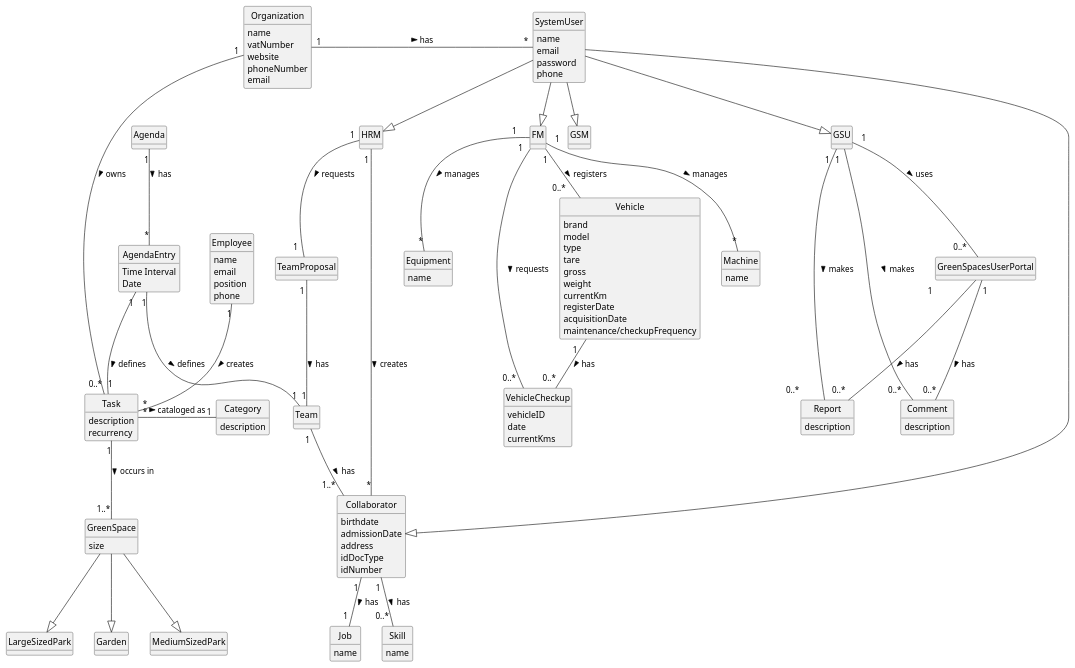
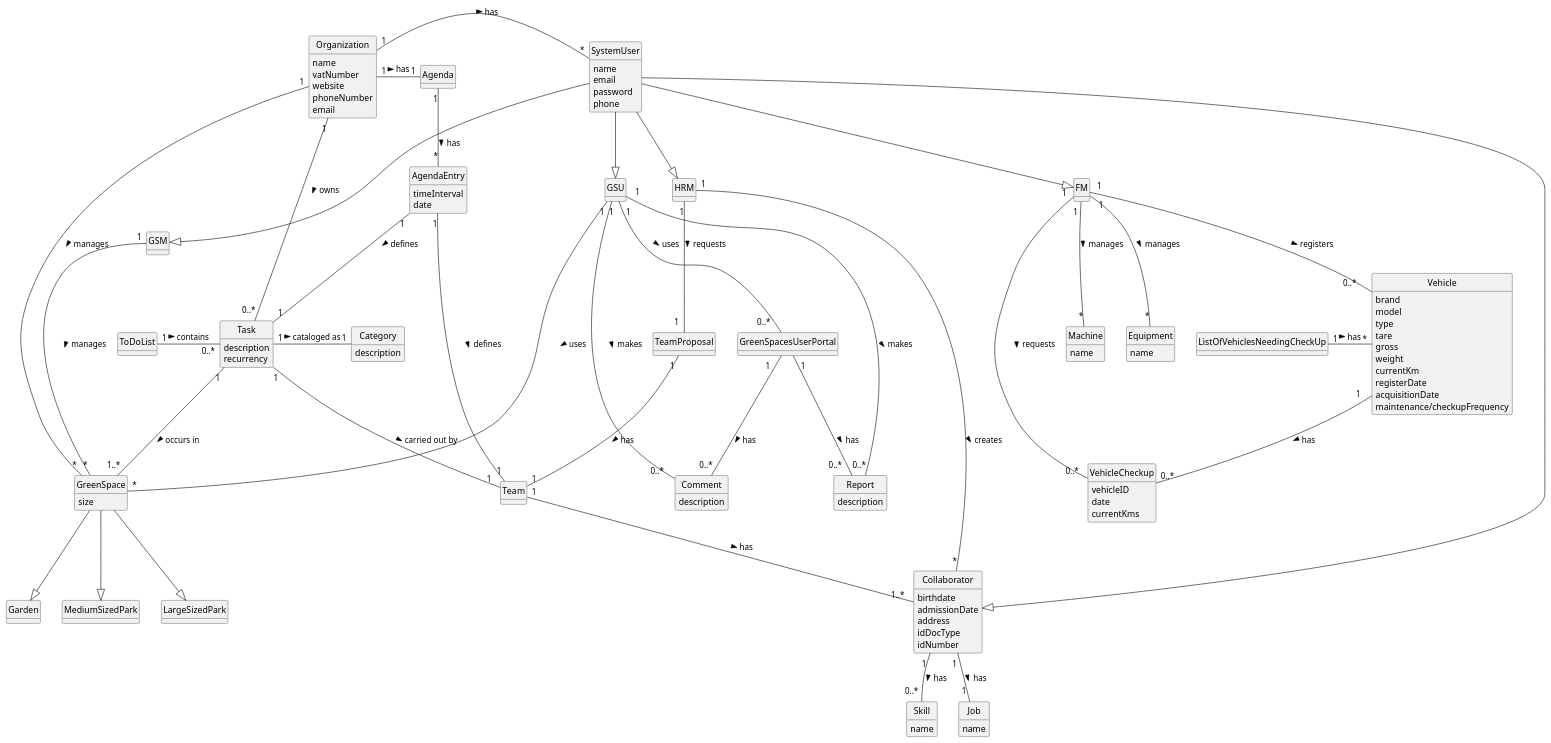
Before and after one commit to Departamento-de-Engenharia-Informatica/lei-24-s2-1do-g164: the diagram in docs/sprintA/global-artifacts/02.analysis/puml/project-domain-model.puml, drawn with PlantUML.

Commit message:
docs(global-artifacts): continue of project domain model

```diff
--- a/docs/sprintA/global-artifacts/02.analysis/puml/project-domain-model.puml
+++ b/docs/sprintA/global-artifacts/02.analysis/puml/project-domain-model.puml
@@ -1,178 +1,177 @@
 @startuml
 skinparam monochrome true
 skinparam packageStyle rectangle
 skinparam shadowing false
 'skinparam linetype ortho
 'left to right direction
 skinparam classAttributeIconSize 0
 hide circle
 hide methods
 
 'title Domain Model
 
 'class Platform {
 '  -description
 '}
 
 class Organization {
     name
     vatNumber
     website
     phoneNumber
     email
 
 }
 
 class GreenSpace {
     size
 }
 
 class Garden
 class MediumSizedPark
 class LargeSizedPark
 
 class SystemUser {
     name
     email
     password
     phone
 
 }
 class HRM {
 }
 class FM {
 }
 class Collaborator {
                birthdate
                admissionDate
                address
                idDocType
                idNumber
 }
 class GSM {
 }
 class GSU {
 }
 
 class TeamProposal {
 }
 
 class Team {
 }
 
 class Skill {
     name
 }
 
 class Job {
     name
 }
 
 class Task {
     description
     recurrency
 }
 
 class VehicleCheckup {
         vehicleID
         date
         currentKms
 }
 
 class Vehicle {
             brand
            model
            type
            tare
            gross
            weight
            currentKm
            registerDate
            acquisitionDate
            maintenance/checkupFrequency
 }
 
 class Machine {
     name
 }
 
 class Equipment {
     name
 }
 
 class Agenda {
 }
 
 class AgendaEntry {
-    Time Interval
-    Date
+    timeInterval
+    date
 }
 
 class GreenSpacesUserPortal{
 }
 
 class Comment{
     description
 }
 class Report{
     description
 }
 
 class Category {
     description
 }
 
-class Employee {
-    name
-    email
-    position
-    phone
+class ToDoList{
+
 }
+
+class ListOfVehiclesNeedingCheckUp {
+}
+
 
 SystemUser --|> HRM
 SystemUser --|> FM
 SystemUser --|> Collaborator
 SystemUser --|> GSM
 SystemUser --|> GSU
 
 GreenSpace --|> Garden
 GreenSpace --|> MediumSizedPark
 GreenSpace --|> LargeSizedPark
 
 Task "1" -- "1..*" GreenSpace : occurs in >
 
 Agenda "1" -- "*" AgendaEntry : has >
 AgendaEntry "1" -- "1" Task : defines >
 AgendaEntry "1" -- "1" Team : defines >
 
 FM " 1" -- "0..*     " Vehicle : registers >
 FM "  1 " -- "*" Machine : manages >
 FM "  1    " -- "*" Equipment : manages >
 Vehicle "1   " -- "0..* " VehicleCheckup : has >
 FM "1 " -- "0..*  " VehicleCheckup : requests >
 GSU"  1  " -- "0..*          " Report: makes >
 GSU"  1  " -- "0..*   " Comment: makes >
 GSU"  1  " -- "0..*   " GreenSpacesUserPortal:  uses >
 GreenSpacesUserPortal "1                 " -- "0..*   " Report : has >
 GreenSpacesUserPortal "1    " -- "0..*" Comment : has >
 
-'Platform "1" -- "*" Organization : has registered >
-'Platform "1" -- "*" Category : defines >
 Organization "1" - "*" SystemUser : has >
 Organization "1" - "0..*" Task: owns >
-'Task "*" -- "1" Employee: created by >
-Employee "1" -- "*" Task : creates >
-'Employee "0..1" -- "1" User: acts as >
-Task "*" - "1" Category: cataloged as >
-
-
-
+Task "1" - "1" Category: cataloged as >
+Task "1" - "1  " Team:   carried out by   >
+ToDoList "1" - "0..*" Task: contains >
 
 HRM "1 " -- "*" Collaborator : creates >
 HRM "1" -- "1  " TeamProposal : requests >
-TeamProposal "1 " --"1" Team: has >
+TeamProposal "1 " --"1        " Team: has >
 Team "1 " -- "1..*  " Collaborator: has >
 Collaborator "1 " -- "0..* " Skill : has >
 Collaborator "1 " -- "1 " Job : has >
-
+Organization "1" - "1" Agenda : has >
+Organization "1" - "*" GreenSpace: manages >
+GSU"1" - "*" GreenSpace: uses >
+GSM "1" - "*" GreenSpace: manages >
+ListOfVehiclesNeedingCheckUp "1" - "*" Vehicle : has >
 @enduml
```
